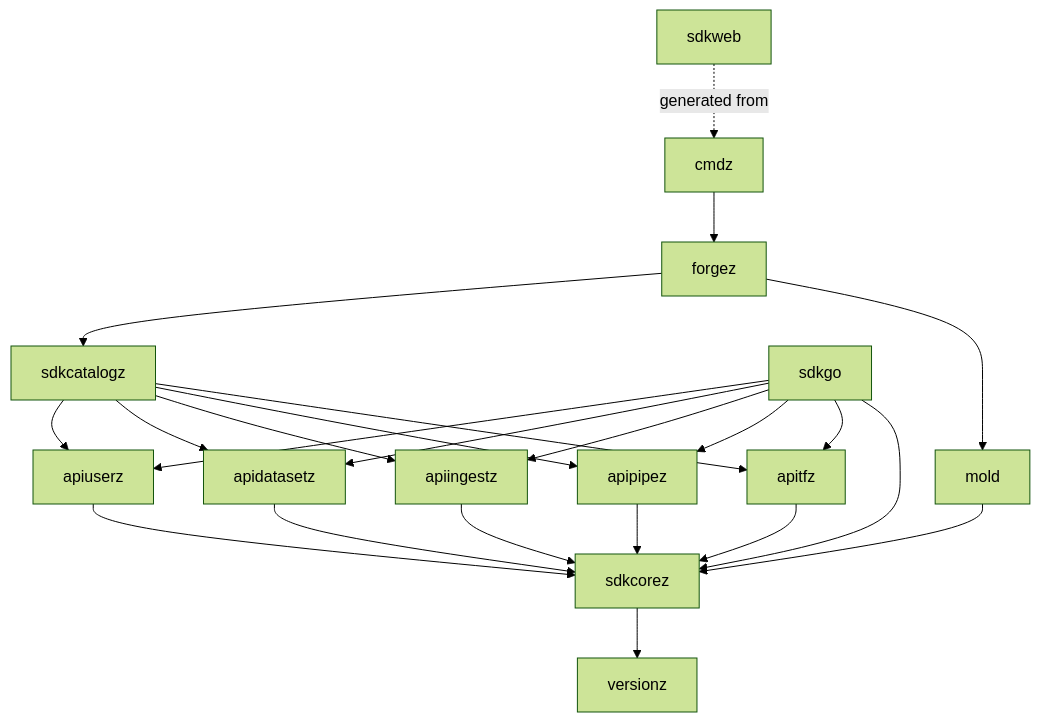
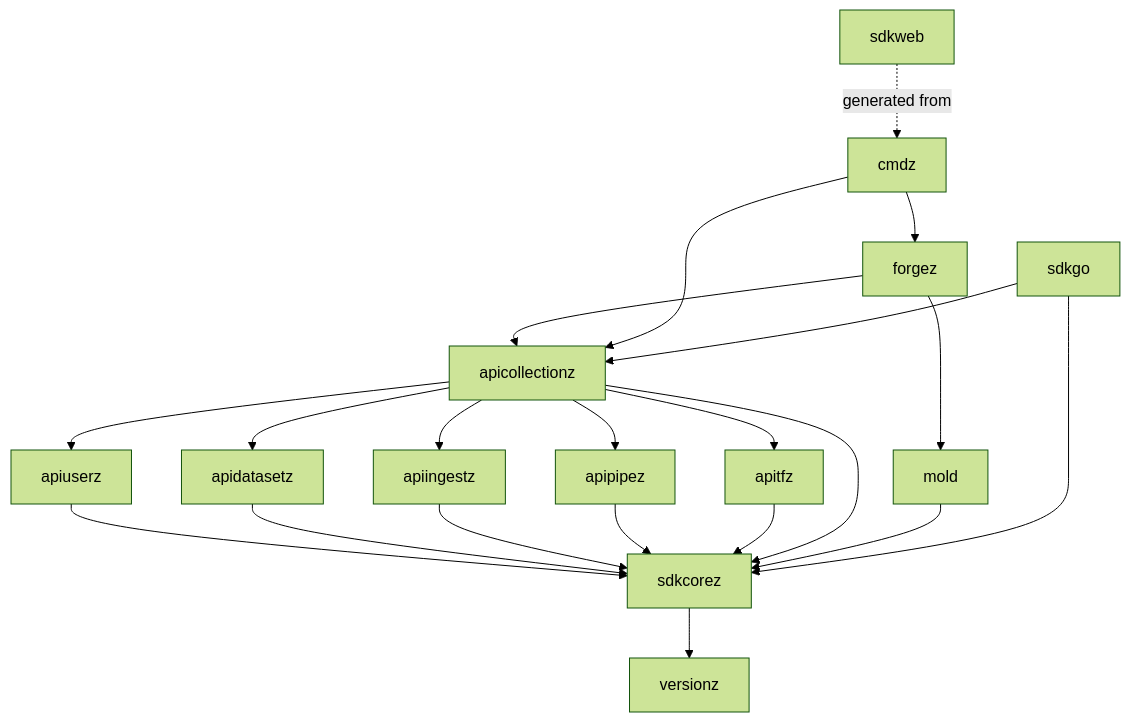
Before and after one commit to infinity6-ai/i6sdk: the diagram in TODO.md, drawn with Mermaid (forest theme). The commit also changed other lines of this file, not shown here.

````diff
--- a/TODO.md
+++ b/TODO.md
@@ -80,35 +84,33 @@
 ```mermaid
 graph TD
     Version[versionz]
     Core[sdkcorez] --> Version
 
     %% APIs Layer
     User[apiuserz] --> Core
     Dataset[apidatasetz] --> Core
     Ingest[apiingestz] --> Core
     Pipe[apipipez] --> Core
     TF[apitfz] --> Core
 
-    %% Catalog Layer
-    Catalog[sdkcatalogz] --> User
-    Catalog --> Dataset
-    Catalog --> Ingest
-    Catalog --> Pipe
-    Catalog --> TF
+    %% Unified Collection Registry Layer
+    Collection[apicollectionz] --> User
+    Collection --> Dataset
+    Collection --> Ingest
+    Collection --> Pipe
+    Collection --> TF
+    Collection --> Core
 
     %% Generation Layer
     Mold[mold] --> Core
-    Forge[forgez] --> Catalog
+    Forge[forgez] --> Collection
     Forge --> Mold
     CMD[cmdz] --> Forge
+    CMD --> Collection
 
     %% Client SDKs Layer
-    GoSDK[sdkgo] --> User
-    GoSDK --> Dataset
-    GoSDK --> Ingest
-    GoSDK --> Pipe
-    GoSDK --> TF
+    GoSDK[sdkgo] --> Collection
     GoSDK --> Core
 
     WebSDK[sdkweb] -. "generated from" .-> CMD
 ```
````
